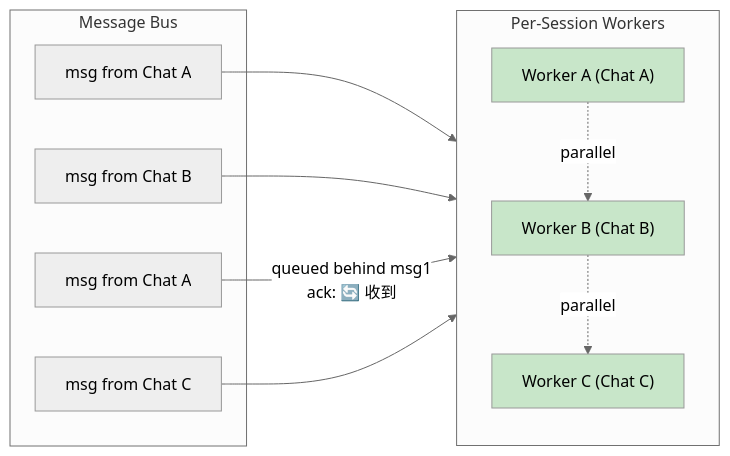
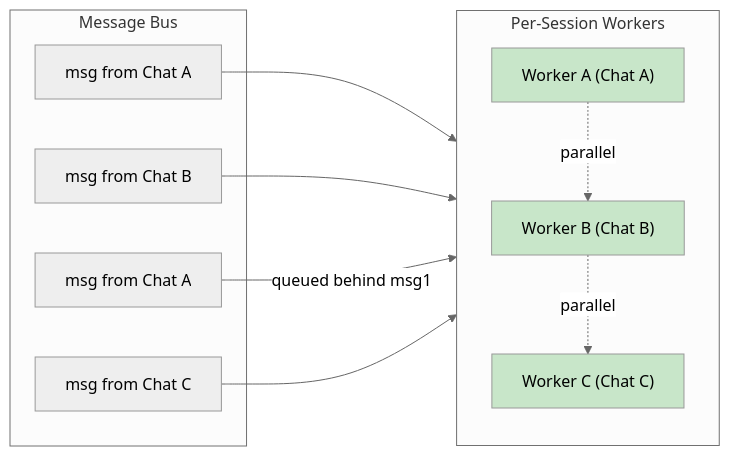
One commit to ddx-510/nano-bot-go changed the third of 4 diagrams in README.md. Above: the diagram before and after it, drawn with Mermaid (neutral theme). The commit also changed other lines of this file and 13 other files, not shown here.

````diff
--- a/README.md
+++ b/README.md
@@ -135,29 +206,28 @@
 ```mermaid
 graph LR
     subgraph "Message Bus"
         MSG1["msg from Chat A"]
         MSG2["msg from Chat B"]
         MSG3["msg from Chat A"]
         MSG4["msg from Chat C"]
     end
 
     subgraph "Per-Session Workers"
         direction TB
         WA["Worker A (Chat A)"]
         WB["Worker B (Chat B)"]
         WC["Worker C (Chat C)"]
     end
 
     MSG1 --> WA
     MSG2 --> WB
-    MSG3 -->|"queued behind msg1
-    ack: 🔄 收到"| WA
+    MSG3 -->|"queued behind msg1"| WA
     MSG4 --> WC
 
     WA -.->|parallel| WB
     WB -.->|parallel| WC
 
     style WA fill:#c8e6c9
     style WB fill:#c8e6c9
     style WC fill:#c8e6c9
 ```
````
